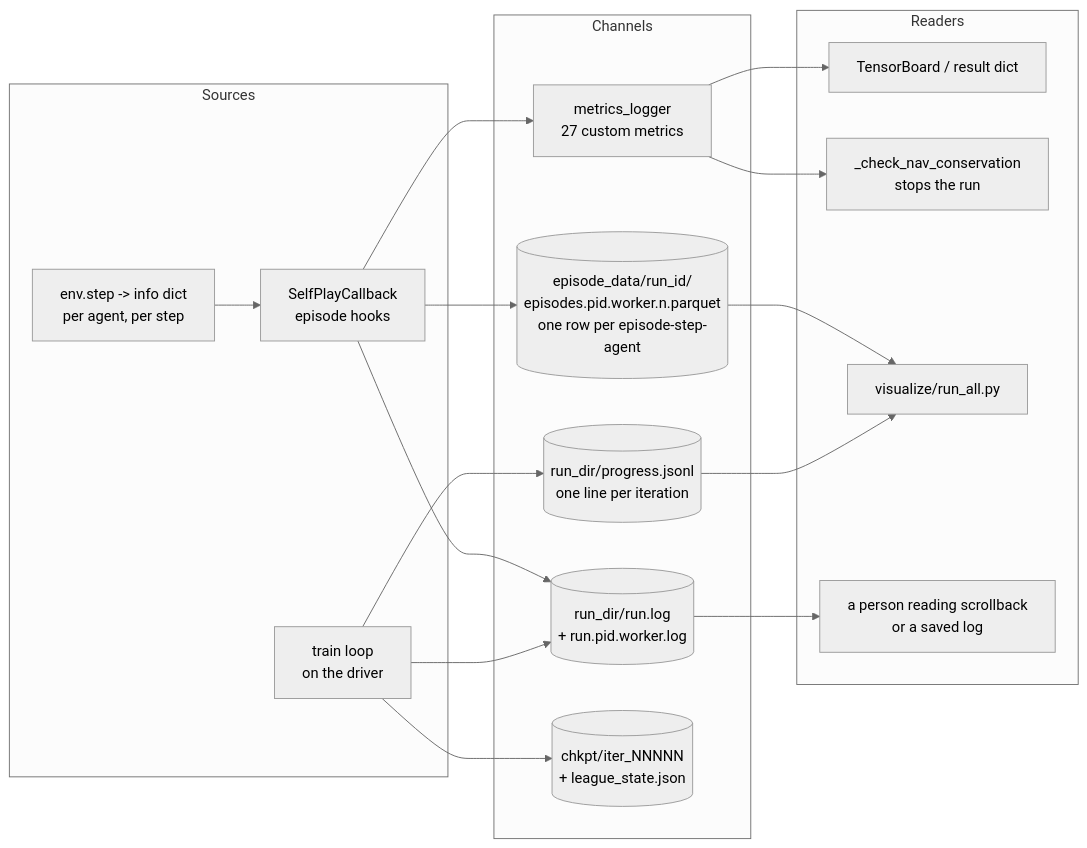
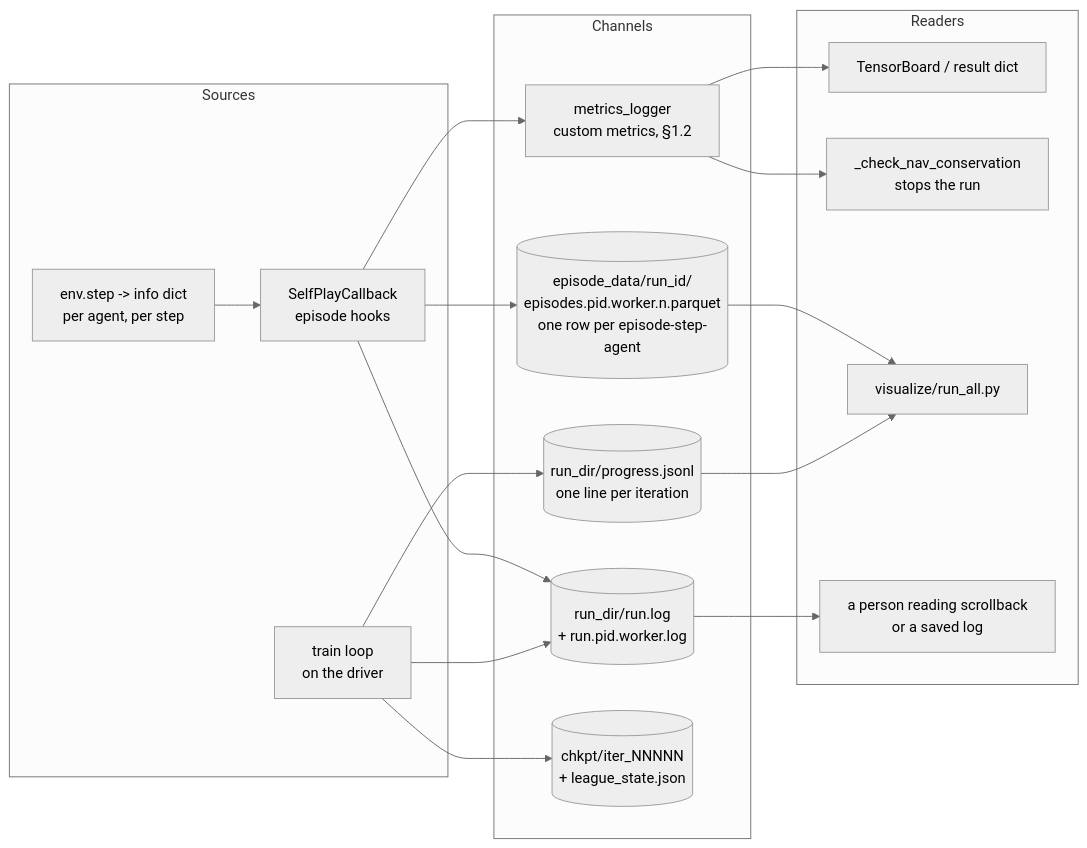
One commit to ChuaCheowHuan/gym-continuousDoubleAuction changed the diagram in docs/11_logging_and_observability.md. Above: the diagram before and after it, drawn with Mermaid (neutral theme). The commit also changed other lines of this file and 12 other files, not shown here.

First line of the commit message:
Docs: correct stale diagrams and figures, add liquidation and checkpoint flows

````diff
--- a/docs/11_logging_and_observability.md
+++ b/docs/11_logging_and_observability.md
@@ -32,36 +32,36 @@
 ```mermaid
 flowchart LR
     subgraph SRC["Sources"]
         ENV["env.step -> info dict<br/>per agent, per step"]
         HOOK["SelfPlayCallback<br/>episode hooks"]
         DRV["train loop<br/>on the driver"]
     end
 
     subgraph CH["Channels"]
         PARQ[("episode_data/run_id/<br/>episodes.pid.worker.n.parquet<br/>one row per episode-step-agent")]
-        MET["metrics_logger<br/>27 custom metrics"]
+        MET["metrics_logger<br/>custom metrics, §1.2"]
         LOGF[("run_dir/run.log<br/>+ run.pid.worker.log")]
         PROG[("run_dir/progress.jsonl<br/>one line per iteration")]
         CHK[("chkpt/iter_NNNNN<br/>+ league_state.json")]
     end
 
     subgraph RD["Readers"]
         TB["TensorBoard / result dict"]
         STOP["_check_nav_conservation<br/>stops the run"]
         VIZ["visualize/run_all.py"]
         HUMAN["a person reading scrollback<br/>or a saved log"]
     end
 
     ENV --> HOOK
     HOOK --> PARQ
     HOOK --> MET
     HOOK --> LOGF
     DRV --> PROG
     DRV --> LOGF
     DRV --> CHK
     MET --> TB
     MET --> STOP
     PARQ --> VIZ
     PROG --> VIZ
     LOGF --> HUMAN
 ```
````
